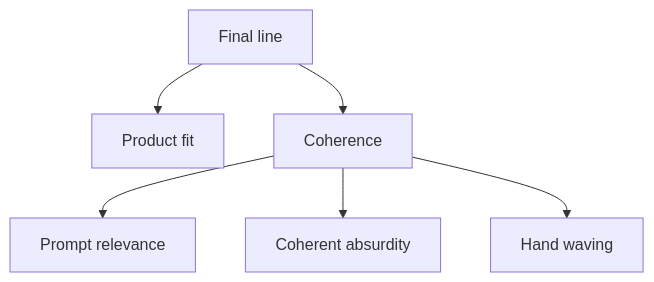
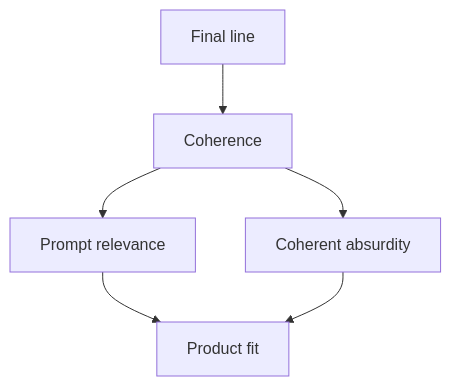
One commit to tryskian/probaboracle changed the second of 2 diagrams in docs/diagrams/PIPELINE.md. Above: the diagram before and after it, drawn with Mermaid. The commit also changed other lines of this file and 8 other files, not shown here.

````diff
--- a/docs/diagrams/PIPELINE.md
+++ b/docs/diagrams/PIPELINE.md
@@ -51,15 +52,14 @@
 ```mermaid
 flowchart TD
   I["Final line"]
-  J["Product fit"]
   K["Coherence"]
   L["Prompt relevance"]
   M["Coherent absurdity"]
-  N["Hand waving"]
+  J["Product fit"]
 
-  I --> J
   I --> K
   K --> L
   K --> M
-  K --> N
+  L --> J
+  M --> J
 ```
````
